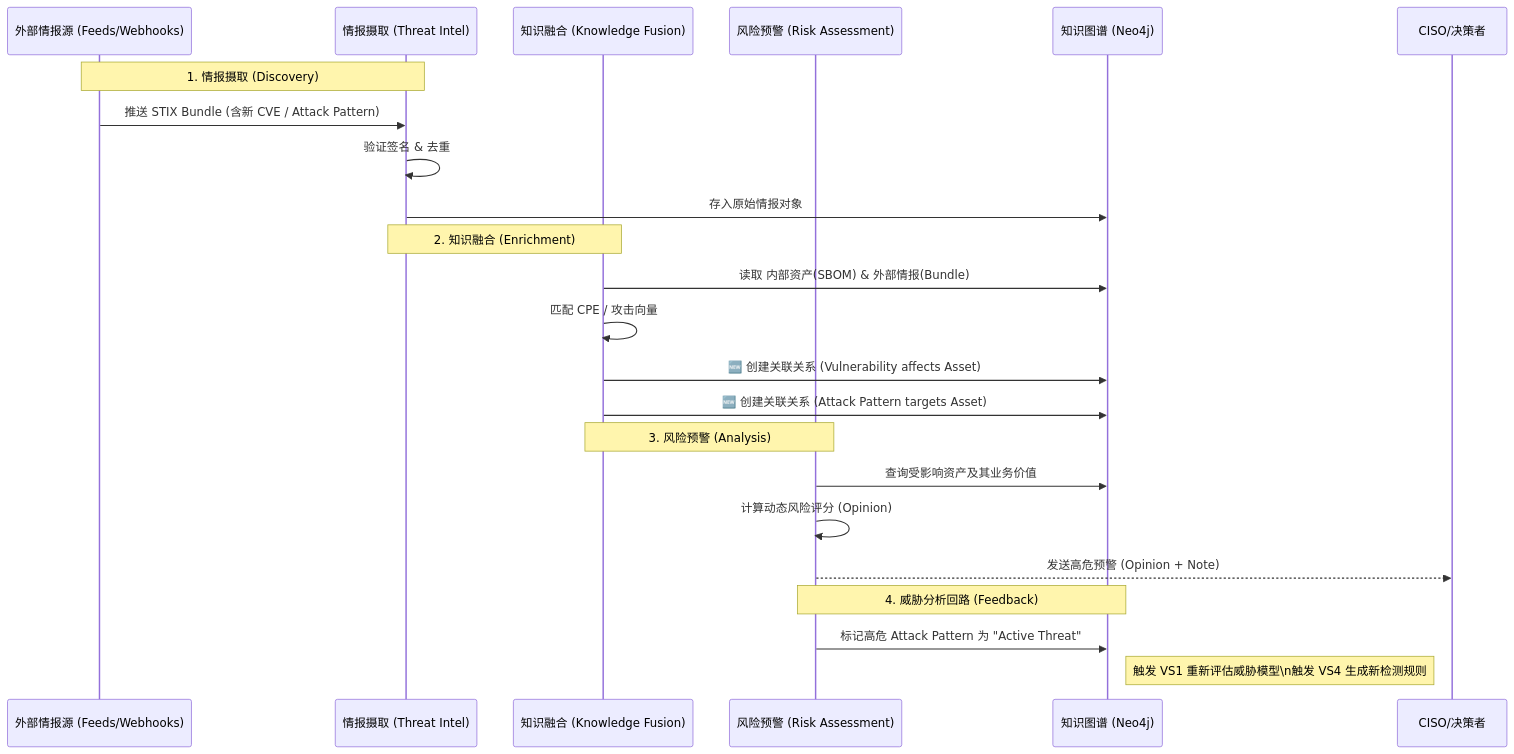
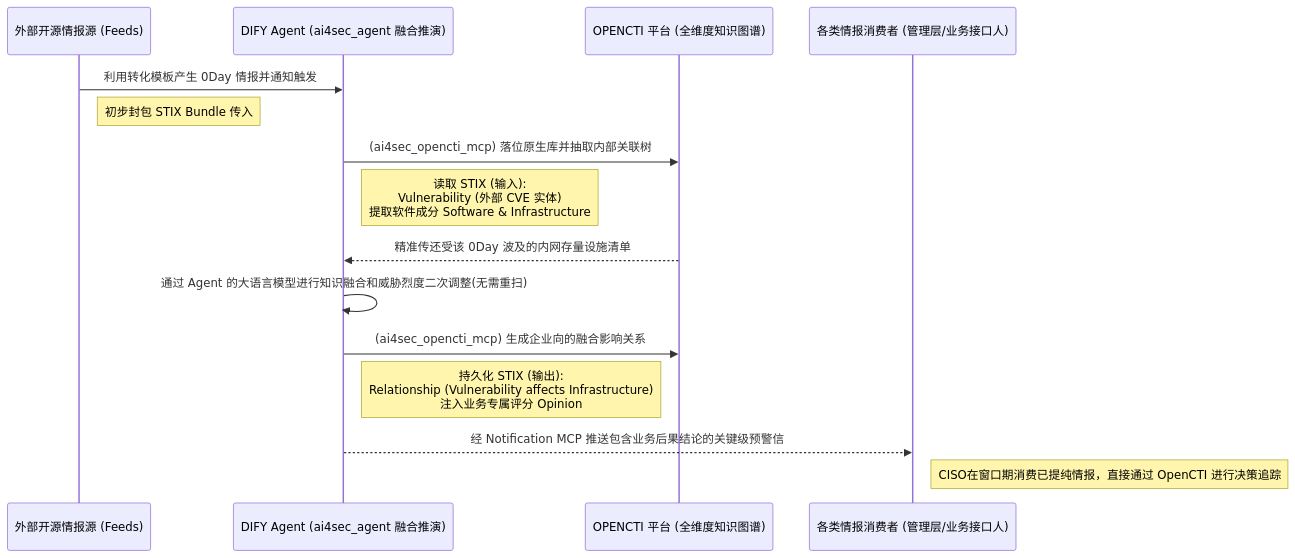
One commit to derekhu0002/AI4X-Platform-dify changed the diagram in design/userstories/value_stream_aligned/VS3-E2E_动态知识进化闭环_端到端用户故事.md. Above: the diagram before and after it, drawn with Mermaid. The commit also changed 6 other files, not shown here.

````diff
--- a/design/userstories/value_stream_aligned/VS3-E2E_动态知识进化闭环_端到端用户故事.md
+++ b/design/userstories/value_stream_aligned/VS3-E2E_动态知识进化闭环_端到端用户故事.md
@@ -50,29 +50,23 @@
 ```mermaid
 sequenceDiagram
-    participant Source as 外部情报源 (Feeds/Webhooks)
-    participant Intel as 情报摄取 (Threat Intel)
-    participant Fusion as 知识融合 (Knowledge Fusion)
-    participant Risk as 风险预警 (Risk Assessment)
-    participant Graph as 知识图谱 (Neo4j)
-    participant CISO as CISO/决策者
+    participant Source as 外部开源情报源 (Feeds)
+    participant Agent as DIFY Agent (ai4sec_agent 融合推演)
+    participant CTI as OPENCTI 平台 (全维度知识图谱)
+    participant CISO as 各类情报消费者 (管理层/业务接口人)
 
-    note over Source, Intel: 1. 情报摄取 (Discovery)
-    Source->>Intel: 推送 STIX Bundle (含新 CVE / Attack Pattern)
-    Intel->>Intel: 验证签名 & 去重
-    Intel->>Graph: 存入原始情报对象
+    Source->>Agent: 利用转化模板产生 0Day 情报并通知触发
+    Note right of Source: 初步封包 STIX Bundle 传入
 
-    note over Intel, Fusion: 2. 知识融合 (Enrichment)
-    Fusion->>Graph: 读取 内部资产(SBOM) & 外部情报(Bundle)
-    Fusion->>Fusion: 匹配 CPE / 攻击向量
-    Fusion->>Graph: 🆕 创建关联关系 (Vulnerability affects Asset)
-    Fusion->>Graph: 🆕 创建关联关系 (Attack Pattern targets Asset)
+    Agent->>CTI: (ai4sec_opencti_mcp) 落位原生库并抽取内部关联树
+    Note right of Agent: 读取 STIX (输入):<br/>Vulnerability (外部 CVE 实体)<br/>提取软件成分 Software & Infrastructure
+    
+    CTI-->>Agent: 精准传还受该 0Day 波及的内网存量设施清单
 
-    note over Fusion, Risk: 3. 风险预警 (Analysis)
-    Risk->>Graph: 查询受影响资产及其业务价值
-    Risk->>Risk: 计算动态风险评分 (Opinion)
-    Risk-->>CISO: 发送高危预警 (Opinion + Note)
+    Agent->>Agent: 通过 Agent 的大语言模型进行知识融合和威胁烈度二次调整(无需重扫)
 
-    note over Risk, Graph: 4. 威胁分析回路 (Feedback)
-    Risk->>Graph: 标记高危 Attack Pattern 为 "Active Threat"
-    note right of Graph: 触发 VS1 重新评估威胁模型\n触发 VS4 生成新检测规则
+    Agent->>CTI: (ai4sec_opencti_mcp) 生成企业向的融合影响关系
+    Note left of CTI: 持久化 STIX (输出):<br/>Relationship (Vulnerability affects Infrastructure)<br/>注入业务专属评分 Opinion
+    
+    Agent-->>CISO: 经 Notification MCP 推送包含业务后果结论的关键级预警信
+    Note right of CISO: CISO在窗口期消费已提纯情报，直接通过 OpenCTI 进行决策追踪
 ```
````
